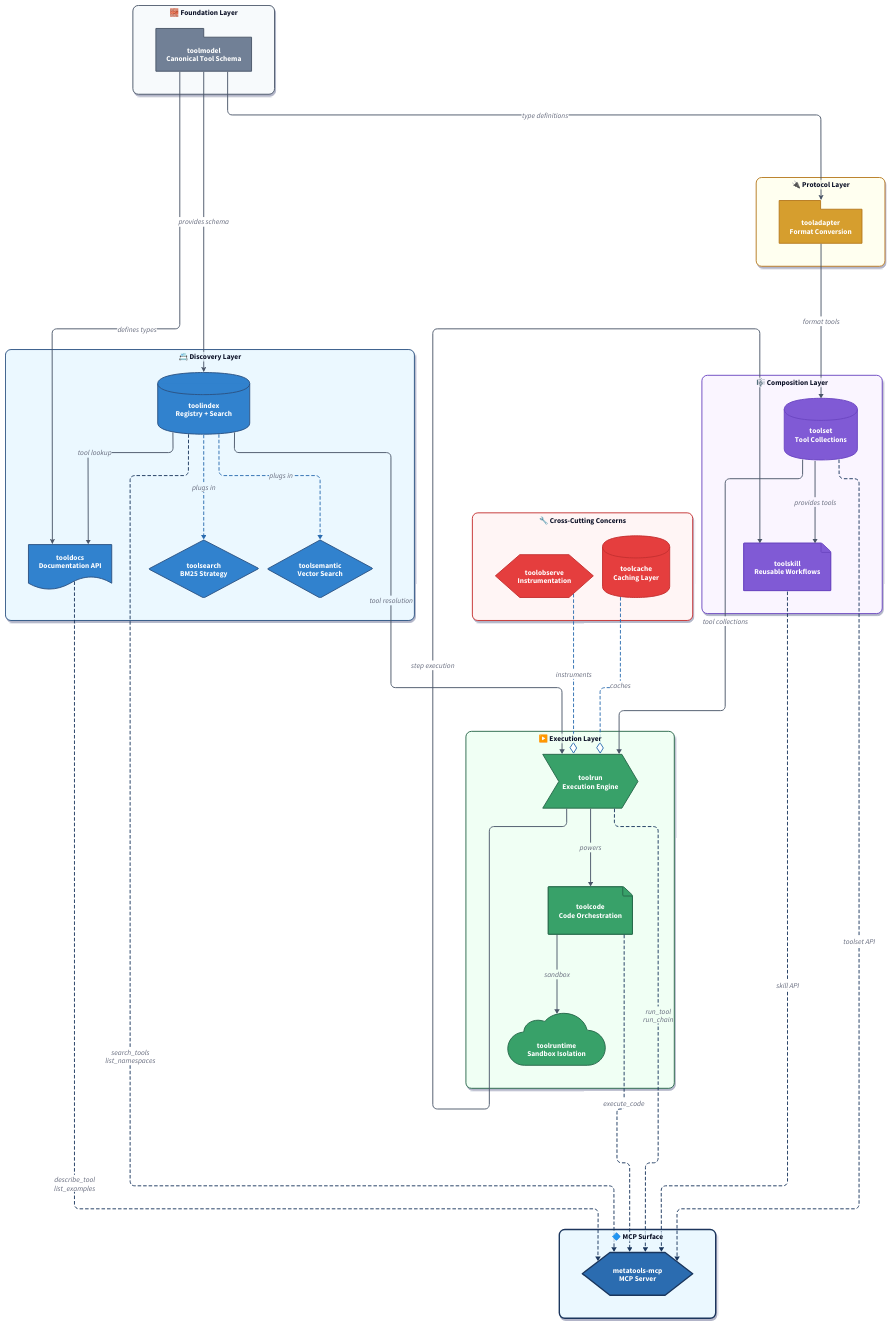
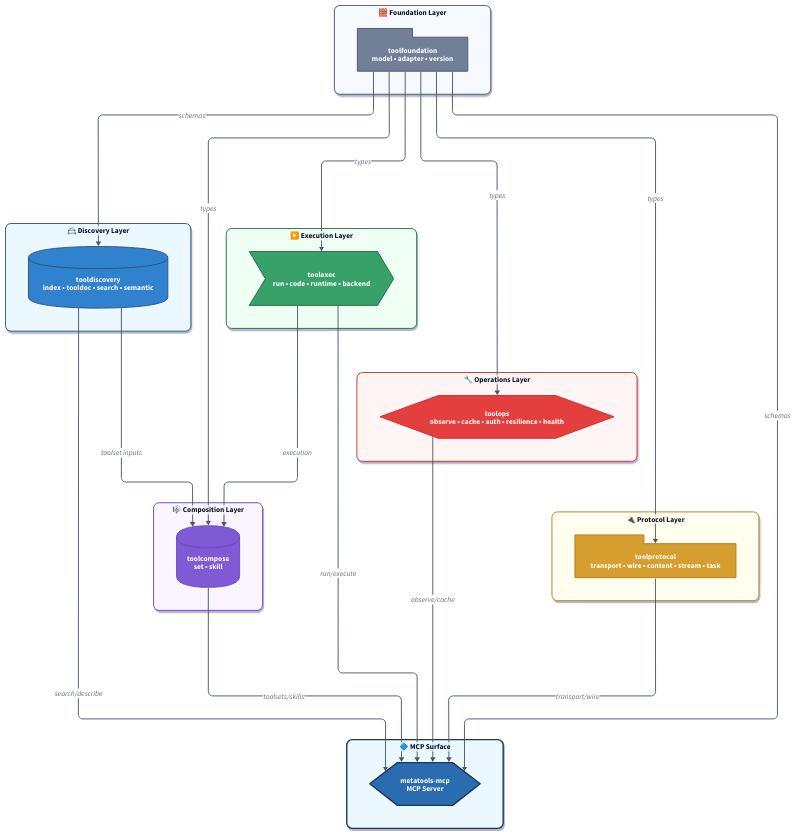
Before and after one commit to jonwraymond/ai-tools-stack: the diagram in docs/diagrams/stack-layering-model.d2, drawn with D2. The commit also changed 30 other files, not shown here.

Commit message:
docs(ai-tools-stack): align consolidated docs and CI

```diff
--- a/docs/diagrams/stack-layering-model.d2
+++ b/docs/diagrams/stack-layering-model.d2
@@ -1,5 +1,5 @@
-# ApertureStack Layering Model
-# Comprehensive 7-layer architecture diagram with enhanced styling
+# ApertureStack Layering Model (Consolidated)
+# 6 library repos + surface
 
 direction: down
 
@@ -8,19 +8,18 @@
     layout-engine: elk
     theme-id: 0
   }
-  # Color palette matching architectural layers
   foundation-fill: "#718096"
   foundation-stroke: "#4a5568"
   discovery-fill: "#3182ce"
   discovery-stroke: "#2c5282"
+  execution-fill: "#38a169"
+  execution-stroke: "#276749"
+  composition-fill: "#805ad5"
+  composition-stroke: "#6b46c1"
+  operations-fill: "#e53e3e"
+  operations-stroke: "#c53030"
   protocol-fill: "#d69e2e"
   protocol-stroke: "#b7791f"
-  composition-fill: "#805ad5"
-  composition-stroke: "#6b46c1"
-  execution-fill: "#38a169"
-  execution-stroke: "#276749"
-  crosscut-fill: "#e53e3e"
-  crosscut-stroke: "#c53030"
   surface-fill: "#2b6cb0"
   surface-stroke: "#1a365d"
 }
@@ -34,297 +33,70 @@
       bold: true
     }
   }
-  foundation-component: {
-    style: {
-      fill: ${foundation-fill}
-      stroke: ${foundation-stroke}
-      stroke-width: 2
-      font-color: "#fff"
-    }
-  }
-  discovery-component: {
-    style: {
-      fill: ${discovery-fill}
-      stroke: ${discovery-stroke}
-      stroke-width: 2
-      font-color: "#fff"
-    }
-  }
-  protocol-component: {
-    style: {
-      fill: ${protocol-fill}
-      stroke: ${protocol-stroke}
-      stroke-width: 2
-      font-color: "#fff"
-    }
-  }
-  composition-component: {
-    style: {
-      fill: ${composition-fill}
-      stroke: ${composition-stroke}
-      stroke-width: 2
-      font-color: "#fff"
-    }
-  }
-  execution-component: {
-    style: {
-      fill: ${execution-fill}
-      stroke: ${execution-stroke}
-      stroke-width: 2
-      font-color: "#fff"
-    }
-  }
-  crosscut-component: {
-    style: {
-      fill: ${crosscut-fill}
-      stroke: ${crosscut-stroke}
-      stroke-width: 2
-      font-color: "#fff"
-    }
-  }
-  surface-component: {
-    style: {
-      fill: ${surface-fill}
-      stroke: ${surface-stroke}
-      stroke-width: 3
-      font-color: "#fff"
-    }
-  }
-  data-flow: {
-    style: {
-      stroke: "#4a5568"
-      stroke-width: 2
-    }
-  }
-  api-flow: {
-    style: {
-      stroke: "#2b6cb0"
-      stroke-width: 2
-      stroke-dash: 3
-    }
-  }
+  foundation-component: { style: { fill: ${foundation-fill}; stroke: ${foundation-stroke}; stroke-width: 2; font-color: "#fff" } }
+  discovery-component: { style: { fill: ${discovery-fill}; stroke: ${discovery-stroke}; stroke-width: 2; font-color: "#fff" } }
+  execution-component: { style: { fill: ${execution-fill}; stroke: ${execution-stroke}; stroke-width: 2; font-color: "#fff" } }
+  composition-component: { style: { fill: ${composition-fill}; stroke: ${composition-stroke}; stroke-width: 2; font-color: "#fff" } }
+  operations-component: { style: { fill: ${operations-fill}; stroke: ${operations-stroke}; stroke-width: 2; font-color: "#fff" } }
+  protocol-component: { style: { fill: ${protocol-fill}; stroke: ${protocol-stroke}; stroke-width: 2; font-color: "#fff" } }
+  surface-component: { style: { fill: ${surface-fill}; stroke: ${surface-stroke}; stroke-width: 3; font-color: "#fff" } }
+  data-flow: { style: { stroke: "#4a5568"; stroke-width: 2 } }
 }
 
-# Layer 1: Foundation
 layer_foundation: "🧱 Foundation Layer" {
   class: layer
-  style: {
-    fill: "#f7fafc"
-    stroke: ${foundation-stroke}
-  }
-
-  toolmodel: "toolmodel\nCanonical Tool Schema" {
-    shape: package
-    class: foundation-component
-  }
+  style: { fill: "#f7fafc"; stroke: ${foundation-stroke} }
+  toolfoundation: "toolfoundation\nmodel • adapter • version" { shape: package; class: foundation-component }
 }
 
-# Layer 2: Discovery
 layer_discovery: "📇 Discovery Layer" {
   class: layer
-  style: {
-    fill: "#ebf8ff"
-    stroke: ${discovery-stroke}
-  }
-
-  toolindex: "toolindex\nRegistry + Search" {
-    shape: cylinder
-    class: discovery-component
-  }
-
-  tooldocs: "tooldocs\nDocumentation API" {
-    shape: document
-    class: discovery-component
-  }
-
-  toolsearch: "toolsearch\nBM25 Strategy" {
-    shape: diamond
-    class: discovery-component
-  }
-
-  toolsemantic: "toolsemantic\nVector Search" {
-    shape: diamond
-    class: discovery-component
-  }
+  style: { fill: "#ebf8ff"; stroke: ${discovery-stroke} }
+  tooldiscovery: "tooldiscovery\nindex • tooldoc • search • semantic" { shape: cylinder; class: discovery-component }
 }
 
-# Layer 3: Protocol
+layer_execution: "▶️ Execution Layer" {
+  class: layer
+  style: { fill: "#f0fff4"; stroke: ${execution-stroke} }
+  toolexec: "toolexec\nrun • code • runtime • backend" { shape: step; class: execution-component }
+}
+
+layer_composition: "🎼 Composition Layer" {
+  class: layer
+  style: { fill: "#faf5ff"; stroke: ${composition-stroke} }
+  toolcompose: "toolcompose\nset • skill" { shape: cylinder; class: composition-component }
+}
+
+layer_operations: "🔧 Operations Layer" {
+  class: layer
+  style: { fill: "#fff5f5"; stroke: ${operations-stroke} }
+  toolops: "toolops\nobserve • cache • auth • resilience • health" { shape: hexagon; class: operations-component }
+}
+
 layer_protocol: "🔌 Protocol Layer" {
   class: layer
-  style: {
-    fill: "#fffff0"
-    stroke: ${protocol-stroke}
-  }
-
-  tooladapter: "tooladapter\nFormat Conversion" {
-    shape: package
-    class: protocol-component
-  }
+  style: { fill: "#fffff0"; stroke: ${protocol-stroke} }
+  toolprotocol: "toolprotocol\ntransport • wire • content • stream • task" { shape: package; class: protocol-component }
 }
 
-# Layer 4: Composition
-layer_composition: "🎼 Composition Layer" {
+layer_surface: "🔷 MCP Surface" {
   class: layer
-  style: {
-    fill: "#faf5ff"
-    stroke: ${composition-stroke}
-  }
-
-  toolset: "toolset\nTool Collections" {
-    shape: cylinder
-    class: composition-component
-  }
-
-  toolskill: "toolskill\nReusable Workflows" {
-    shape: page
-    class: composition-component
-  }
+  style: { fill: "#ebf8ff"; stroke: ${surface-stroke}; stroke-width: 3 }
+  metatools: "metatools-mcp\nMCP Server" { shape: hexagon; class: surface-component }
 }
 
-# Layer 5: Execution
-layer_execution: "▶️ Execution Layer" {
-  class: layer
-  style: {
-    fill: "#f0fff4"
-    stroke: ${execution-stroke}
-  }
+layer_foundation.toolfoundation -> layer_discovery.tooldiscovery: "schemas" { class: data-flow }
+layer_foundation.toolfoundation -> layer_execution.toolexec: "types" { class: data-flow }
+layer_foundation.toolfoundation -> layer_composition.toolcompose: "types" { class: data-flow }
+layer_foundation.toolfoundation -> layer_operations.toolops: "types" { class: data-flow }
+layer_foundation.toolfoundation -> layer_protocol.toolprotocol: "types" { class: data-flow }
 
-  toolrun: "toolrun\nExecution Engine" {
-    shape: step
-    class: execution-component
-  }
+layer_discovery.tooldiscovery -> layer_composition.toolcompose: "toolset inputs" { class: data-flow }
+layer_execution.toolexec -> layer_composition.toolcompose: "execution" { class: data-flow }
 
-  toolcode: "toolcode\nCode Orchestration" {
-    shape: page
-    class: execution-component
-  }
-
-  toolruntime: "toolruntime\nSandbox Isolation" {
-    shape: cloud
-    class: execution-component
-  }
-}
-
-# Layer 6: Cross-Cutting
-layer_crosscutting: "🔧 Cross-Cutting Concerns" {
-  class: layer
-  style: {
-    fill: "#fff5f5"
-    stroke: ${crosscut-stroke}
-  }
-
-  toolobserve: "toolobserve\nInstrumentation" {
-    shape: hexagon
-    class: crosscut-component
-  }
-
-  toolcache: "toolcache\nCaching Layer" {
-    shape: cylinder
-    class: crosscut-component
-  }
-}
-
-# Layer 7: Surface
-layer_surface: "🔷 MCP Surface" {
-  class: layer
-  style: {
-    fill: "#ebf8ff"
-    stroke: ${surface-stroke}
-    stroke-width: 3
-  }
-
-  metatools: "metatools-mcp\nMCP Server" {
-    shape: hexagon
-    class: surface-component
-  }
-}
-
-# Foundation → Discovery dependencies
-layer_foundation.toolmodel -> layer_discovery.toolindex: "provides schema" {
-  class: data-flow
-  target-arrowhead.shape: arrow
-}
-layer_foundation.toolmodel -> layer_discovery.tooldocs: "defines types" {
-  class: data-flow
-  target-arrowhead.shape: arrow
-}
-layer_foundation.toolmodel -> layer_protocol.tooladapter: "type definitions" {
-  class: data-flow
-  target-arrowhead.shape: arrow
-}
-
-# Discovery internal
-layer_discovery.toolindex -> layer_discovery.tooldocs: "tool lookup" {
-  class: data-flow
-}
-layer_discovery.toolindex -> layer_discovery.toolsearch: "plugs in" {
-  class: api-flow
-}
-layer_discovery.toolindex -> layer_discovery.toolsemantic: "plugs in" {
-  class: api-flow
-}
-
-# Protocol → Composition
-layer_protocol.tooladapter -> layer_composition.toolset: "format tools" {
-  class: data-flow
-}
-
-# Composition internal
-layer_composition.toolset -> layer_composition.toolskill: "provides tools" {
-  class: data-flow
-}
-
-# Discovery/Composition → Execution
-layer_discovery.toolindex -> layer_execution.toolrun: "tool resolution" {
-  class: data-flow
-}
-layer_composition.toolset -> layer_execution.toolrun: "tool collections" {
-  class: data-flow
-}
-layer_execution.toolrun -> layer_composition.toolskill: "step execution" {
-  class: data-flow
-}
-
-# Execution internal
-layer_execution.toolrun -> layer_execution.toolcode: "powers" {
-  class: data-flow
-}
-layer_execution.toolcode -> layer_execution.toolruntime: "sandbox" {
-  class: data-flow
-}
-
-# Cross-cutting integration
-layer_crosscutting.toolobserve -> layer_execution.toolrun: "instruments" {
-  class: api-flow
-  target-arrowhead.shape: diamond
-}
-layer_crosscutting.toolcache -> layer_execution.toolrun: "caches" {
-  class: api-flow
-  target-arrowhead.shape: diamond
-}
-
-# Surface layer connections
-layer_discovery.toolindex -> layer_surface.metatools: "search_tools\nlist_namespaces" {
-  class: api-flow
-  style.stroke: ${surface-stroke}
-}
-layer_discovery.tooldocs -> layer_surface.metatools: "describe_tool\nlist_examples" {
-  class: api-flow
-  style.stroke: ${surface-stroke}
-}
-layer_execution.toolrun -> layer_surface.metatools: "run_tool\nrun_chain" {
-  class: api-flow
-  style.stroke: ${surface-stroke}
-}
-layer_execution.toolcode -> layer_surface.metatools: "execute_code" {
-  class: api-flow
-  style.stroke: ${surface-stroke}
-}
-layer_composition.toolset -> layer_surface.metatools: "toolset API" {
-  class: api-flow
-  style.stroke: ${surface-stroke}
-}
-layer_composition.toolskill -> layer_surface.metatools: "skill API" {
-  class: api-flow
-  style.stroke: ${surface-stroke}
-}
+layer_protocol.toolprotocol -> layer_surface.metatools: "transport/wire" { class: data-flow }
+layer_operations.toolops -> layer_surface.metatools: "observe/cache" { class: data-flow }
+layer_composition.toolcompose -> layer_surface.metatools: "toolsets/skills" { class: data-flow }
+layer_execution.toolexec -> layer_surface.metatools: "run/execute" { class: data-flow }
+layer_discovery.tooldiscovery -> layer_surface.metatools: "search/describe" { class: data-flow }
+layer_foundation.toolfoundation -> layer_surface.metatools: "schemas" { class: data-flow }
```
